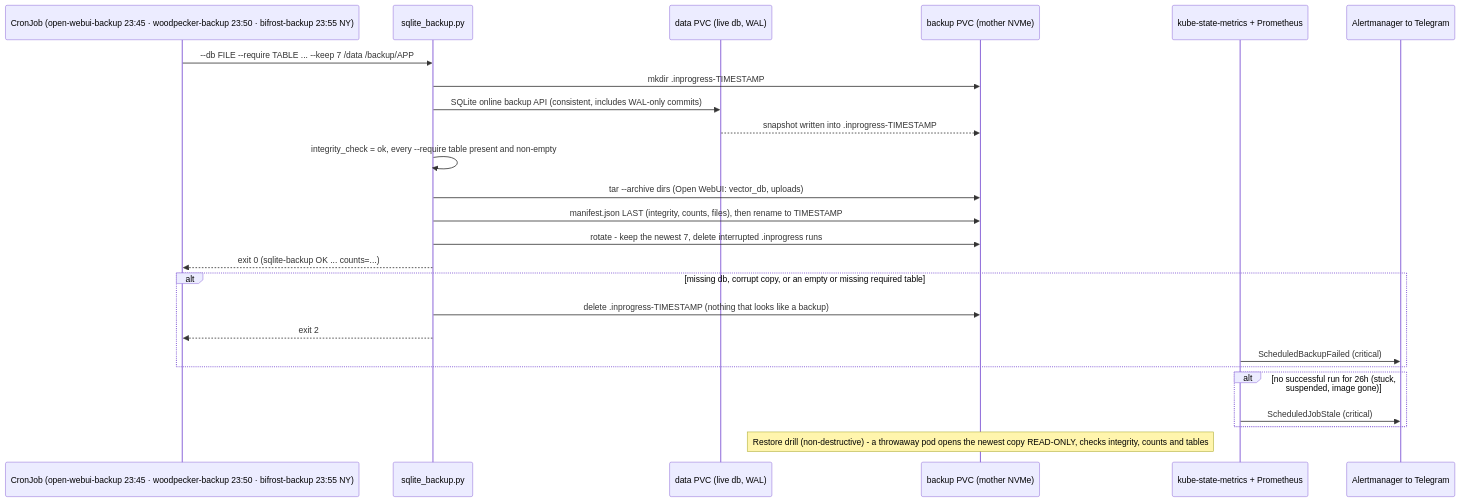
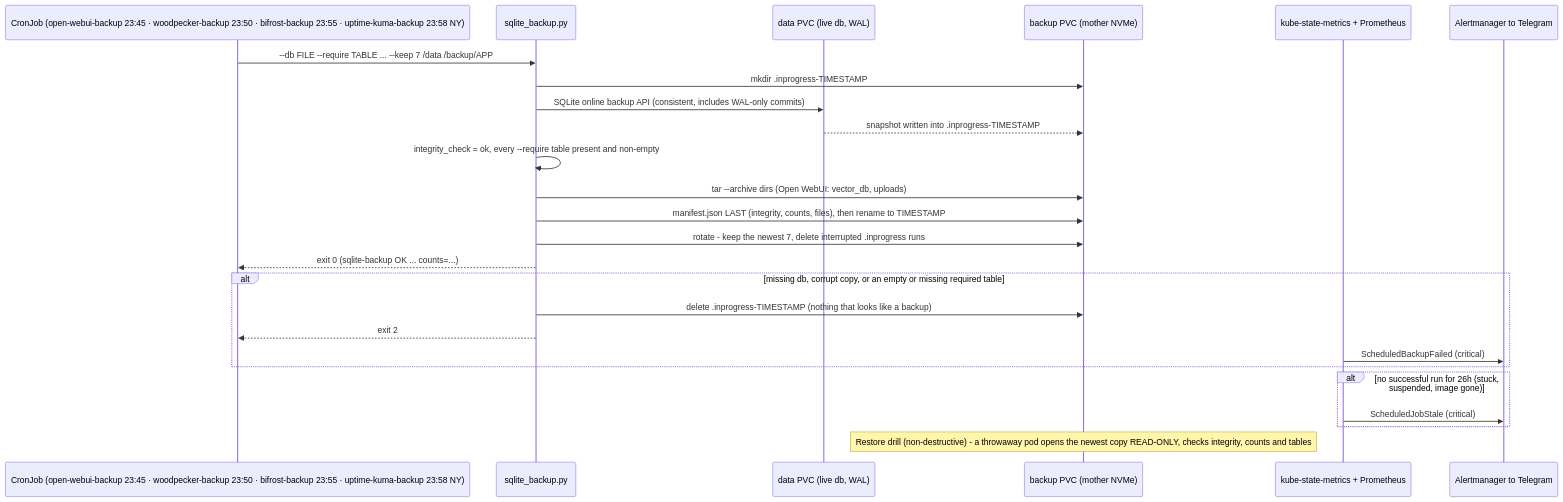
One commit to edtbl76/weyland-lab changed the diagram in docs/diagrams/flow-sqlite-backup.md. Above: the diagram before and after it, drawn with Mermaid. The commit also changed other lines of this file and 8 other files, not shown here.

````diff
--- a/docs/diagrams/flow-sqlite-backup.md
+++ b/docs/diagrams/flow-sqlite-backup.md
@@ -12,28 +12,28 @@
 ```mermaid
 sequenceDiagram
-    participant CJ as CronJob (open-webui-backup 23:45 · woodpecker-backup 23:50 · bifrost-backup 23:55 NY)
+    participant CJ as CronJob (open-webui-backup 23:45 · woodpecker-backup 23:50 · bifrost-backup 23:55 · uptime-kuma-backup 23:58 NY)
     participant S as sqlite_backup.py
     participant D as data PVC (live db, WAL)
     participant B as backup PVC (mother NVMe)
     participant K as kube-state-metrics + Prometheus
     participant A as Alertmanager to Telegram
 
     CJ->>S: --db FILE --require TABLE ... --keep 7 /data /backup/APP
     S->>B: mkdir .inprogress-TIMESTAMP
     S->>D: SQLite online backup API (consistent, includes WAL-only commits)
     D-->>B: snapshot written into .inprogress-TIMESTAMP
     S->>S: integrity_check = ok, every --require table present and non-empty
     S->>B: tar --archive dirs (Open WebUI: vector_db, uploads)
     S->>B: manifest.json LAST (integrity, counts, files), then rename to TIMESTAMP
     S->>B: rotate - keep the newest 7, delete interrupted .inprogress runs
     S-->>CJ: exit 0 (sqlite-backup OK ... counts=...)
     alt missing db, corrupt copy, or an empty or missing required table
         S->>B: delete .inprogress-TIMESTAMP (nothing that looks like a backup)
         S-->>CJ: exit 2
         K->>A: ScheduledBackupFailed (critical)
     end
     alt no successful run for 26h (stuck, suspended, image gone)
         K->>A: ScheduledJobStale (critical)
     end
     Note over B: Restore drill (non-destructive) - a throwaway pod opens the newest copy READ-ONLY, checks integrity, counts and tables
 ```
````
